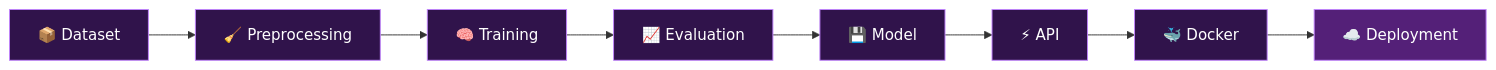
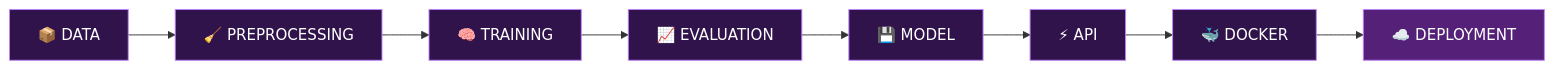
One commit to mahmoudewies/mahmoudewies changed the second of 2 diagrams in README.md. Above: the diagram before and after it, drawn with Mermaid. The commit also changed other lines of this file, not shown here.

````diff
--- a/README.md
+++ b/README.md
@@ -232,19 +287,19 @@
 ```mermaid
 flowchart LR
-    A["📦 Dataset"] --> B["🧹 Preprocessing"]
-    B --> C["🧠 Training"]
-    C --> D["📈 Evaluation"]
-    D --> E["💾 Model"]
+    A["📦 DATA"] --> B["🧹 PREPROCESSING"]
+    B --> C["🧠 TRAINING"]
+    C --> D["📈 EVALUATION"]
+    D --> E["💾 MODEL"]
     E --> F["⚡ API"]
-    F --> G["🐳 Docker"]
-    G --> H["☁️ Deployment"]
+    F --> G["🐳 DOCKER"]
+    G --> H["☁️ DEPLOYMENT"]
 
     style A fill:#30134B,color:#fff,stroke:#C084FC
     style B fill:#30134B,color:#fff,stroke:#C084FC
     style C fill:#30134B,color:#fff,stroke:#C084FC
     style D fill:#30134B,color:#fff,stroke:#C084FC
     style E fill:#30134B,color:#fff,stroke:#C084FC
     style F fill:#30134B,color:#fff,stroke:#C084FC
     style G fill:#30134B,color:#fff,stroke:#C084FC
     style H fill:#542078,color:#fff,stroke:#C084FC
 ```
````
